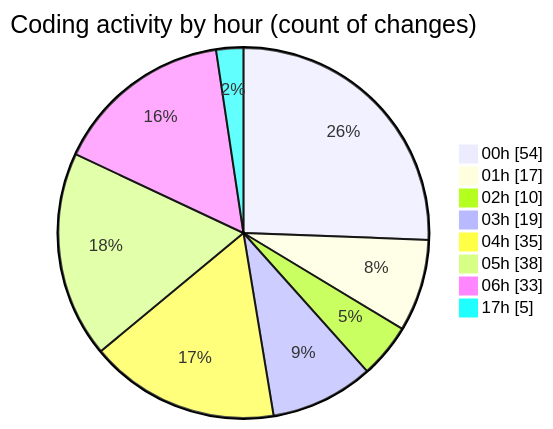
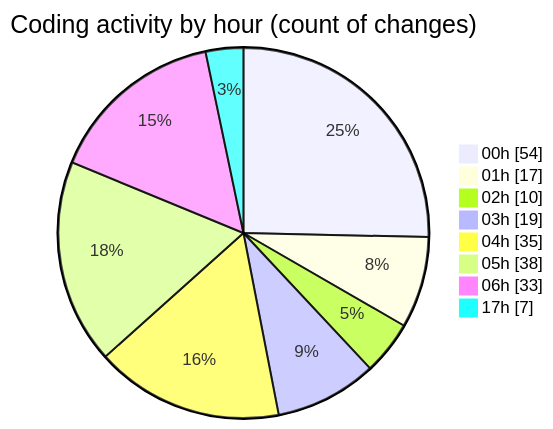
The second of 2 diagrams in 2025-07-26/quanlyrapchieuphim-1/README.md (lephambinh05/code-tracking), drawn with Mermaid before and after one commit. The commit also changed other lines of this file and 1 other file, not shown here.

````diff
--- a/2025-07-26/quanlyrapchieuphim-1/README.md
+++ b/2025-07-26/quanlyrapchieuphim-1/README.md
@@ -53,12 +53,12 @@
 ```mermaid
 pie showData
 title Coding activity by hour (count of changes)
 "00h" : 54
 "01h" : 17
 "02h" : 10
 "03h" : 19
 "04h" : 35
 "05h" : 38
 "06h" : 33
-"17h" : 5
+"17h" : 7
 ```
````
